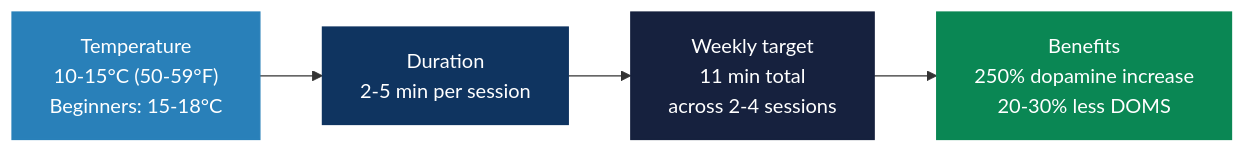
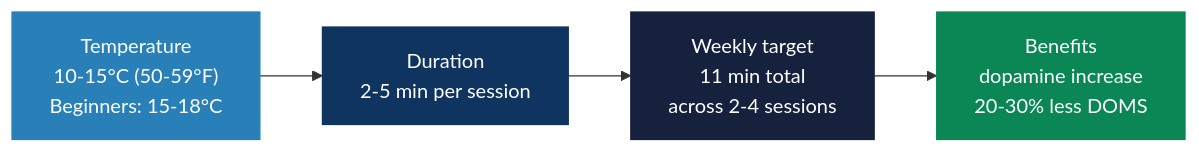
Before and after one commit to Cyvid7-Darus10/peak-self: the fifth of 7 diagrams in fitness/training-protocol.md, drawn with Mermaid. The commit also changed other lines of this file and 10 other files, not shown here.

````diff
--- a/fitness/training-protocol.md
+++ b/fitness/training-protocol.md
@@ -144,10 +144,10 @@
 ```mermaid
 flowchart LR
     A["Temperature<br/>10-15°C (50-59°F)<br/>Beginners: 15-18°C"] --> B["Duration<br/>2-5 min per session"]
     B --> C["Weekly target<br/>11 min total<br/>across 2-4 sessions"]
-    C --> D["Benefits<br/>250% dopamine increase<br/>20-30% less DOMS"]
+    C --> D["Benefits<br/>dopamine increase<br/>20-30% less DOMS"]
     style A fill:#2980b9,stroke:#2980b9,color:#fff
     style B fill:#0f3460,stroke:#0f3460,color:#fff
     style C fill:#16213e,stroke:#16213e,color:#fff
     style D fill:#0a8754,stroke:#0a8754,color:#fff
 ```
````
